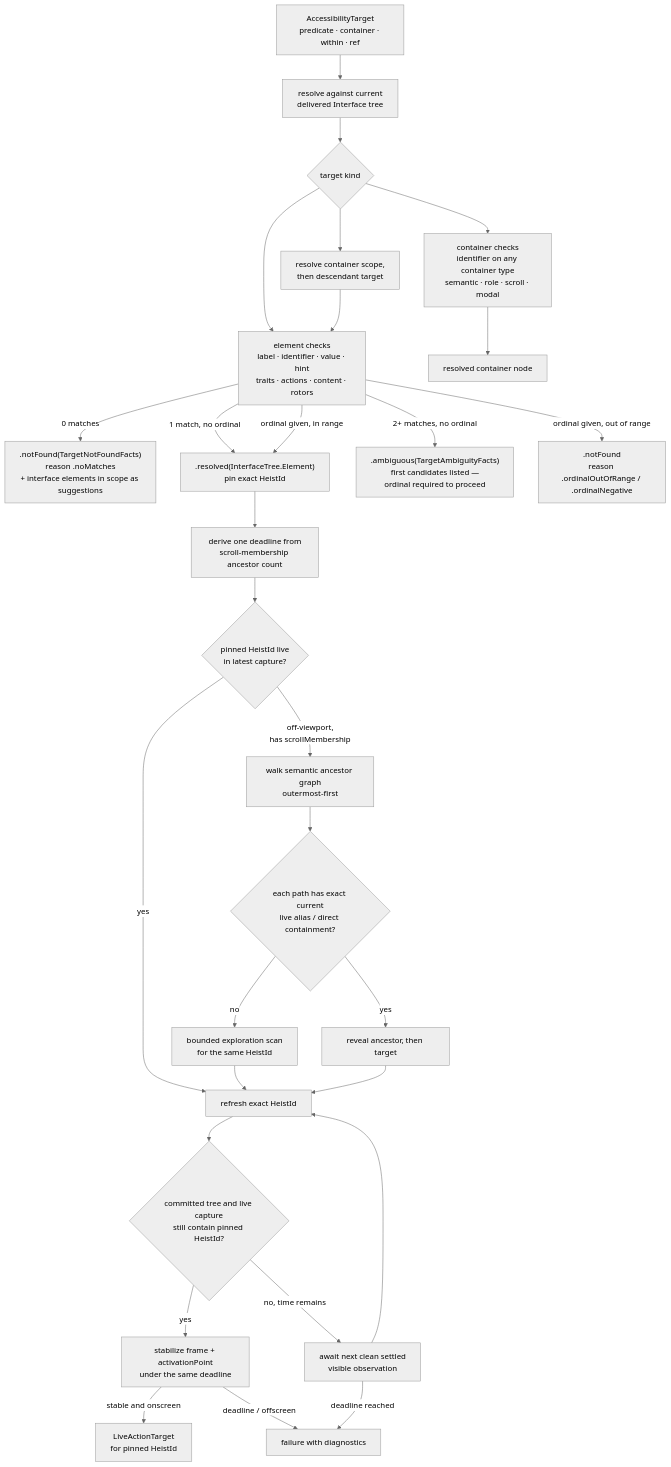
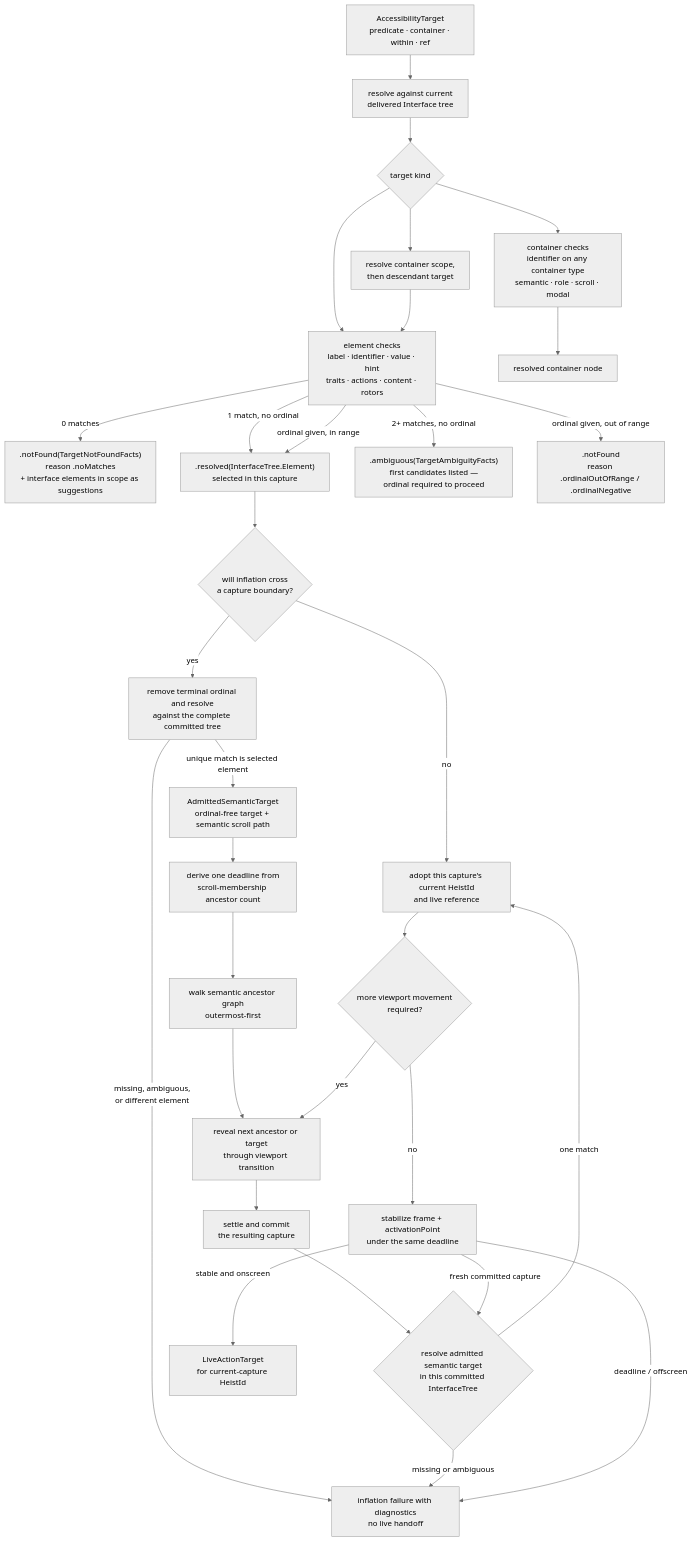
Before and after one commit to RoyalPineapple/TheButtonHeist: the diagram in docs/diagrams/element-inflation.md, drawn with Mermaid (neutral theme). The commit also changed other lines of this file and 5 other files, not shown here.

Commit message:
feat(audit-1373-p2-revised): implement T6 - reconcile architecture contracts

````diff
--- a/docs/diagrams/element-inflation.md
+++ b/docs/diagrams/element-inflation.md
@@ -10,33 +10,36 @@
 ```mermaid
 flowchart TD
     TARGET["AccessibilityTarget<br/>predicate · container · within · ref"] --> SCOPE["resolve against current<br/>delivered Interface tree"]
     SCOPE --> KIND{"target kind"}
     KIND --> MATCH["element checks<br/>label · identifier · value · hint<br/>traits · actions · content · rotors"]
     KIND --> CMATCH["container checks<br/>identifier on any container type<br/>semantic · role · scroll · modal"]
     KIND --> WITHIN["resolve container scope,<br/>then descendant target"]
     CMATCH --> RESOLVEDNODE["resolved container node"]
     WITHIN --> MATCH
 
     MATCH -- "0 matches" --> NOTFOUND[".notFound(TargetNotFoundFacts)<br/>reason .noMatches<br/>+ interface elements in scope as suggestions"]
-    MATCH -- "1 match, no ordinal" --> RESOLVED[".resolved(InterfaceTree.Element)<br/>pin exact HeistId"]
+    MATCH -- "1 match, no ordinal" --> RESOLVED[".resolved(InterfaceTree.Element)<br/>selected in this capture"]
     MATCH -- "2+ matches, no ordinal" --> AMBIG[".ambiguous(TargetAmbiguityFacts)<br/>first candidates listed —<br/>ordinal required to proceed"]
     MATCH -- "ordinal given, in range" --> RESOLVED
     MATCH -- "ordinal given, out of range" --> NOTFOUND2[".notFound<br/>reason .ordinalOutOfRange / .ordinalNegative"]
 
-    RESOLVED --> BUDGET["derive one deadline from<br/>scroll-membership ancestor count"]
-    BUDGET --> LIVE{"pinned HeistId live<br/>in latest capture?"}
-    LIVE -- "yes" --> REFRESH["refresh exact HeistId"]
-    LIVE -- "off-viewport,<br/>has scrollMembership" --> GRAPH["walk semantic ancestor graph<br/>outermost-first"]
-    GRAPH --> ALIAS{"each path has exact current<br/>live alias / direct containment?"}
-    ALIAS -- "yes" --> REVEAL["reveal ancestor, then target"]
-    ALIAS -- "no" --> SCAN["bounded exploration scan<br/>for the same HeistId"]
-    SCAN --> REFRESH
-    REVEAL --> REFRESH
-    REFRESH --> EXACT{"committed tree and live capture<br/>still contain pinned HeistId?"}
-    EXACT -- "yes" --> STABLE["stabilize frame + activationPoint<br/>under the same deadline"]
-    EXACT -- "no, time remains" --> WAIT["await next clean settled<br/>visible observation"]
-    WAIT --> REFRESH
-    STABLE -- "stable and onscreen" --> ACT["LiveActionTarget<br/>for pinned HeistId"]
-    STABLE -- "deadline / offscreen" --> MISS["failure with diagnostics"]
-    WAIT -- "deadline reached" --> MISS
+    RESOLVED --> BOUNDARY{"will inflation cross<br/>a capture boundary?"}
+    BOUNDARY -- "no" --> CURRENT["join selected element's current HeistId<br/>to current live UIKit evidence"]
+    BOUNDARY -- "yes" --> ADMIT["remove terminal ordinal and resolve<br/>against the complete committed tree"]
+    ADMIT -- "unique match is selected element" --> IDENTITY["AdmittedSemanticTarget<br/>ordinal-free target + semantic scroll path"]
+    ADMIT -- "missing, ambiguous,<br/>or different element" --> MISS["inflation failure with diagnostics<br/>no live handoff"]
+
+    IDENTITY --> BUDGET["derive one deadline from<br/>scroll-membership ancestor count"]
+    BUDGET --> GRAPH["walk semantic ancestor graph<br/>outermost-first"]
+    GRAPH --> REVEAL["reveal next ancestor or target<br/>through viewport transition"]
+    REVEAL --> COMMIT["settle and commit<br/>the resulting capture"]
+    COMMIT --> RERESOLVE{"resolve admitted semantic target<br/>in this committed InterfaceTree"}
+    RERESOLVE -- "one match" --> CURRENT["adopt this capture's current HeistId<br/>and live reference"]
+    RERESOLVE -- "missing or ambiguous" --> MISS
+    CURRENT --> MORE{"more viewport movement<br/>required?"}
+    MORE -- "yes" --> REVEAL
+    MORE -- "no" --> STABLE["stabilize frame + activationPoint<br/>under the same deadline"]
+    STABLE -- "fresh committed capture" --> RERESOLVE
+    STABLE -- "stable and onscreen" --> ACT["LiveActionTarget<br/>for current-capture HeistId"]
+    STABLE -- "deadline / offscreen" --> MISS
 ```
````
